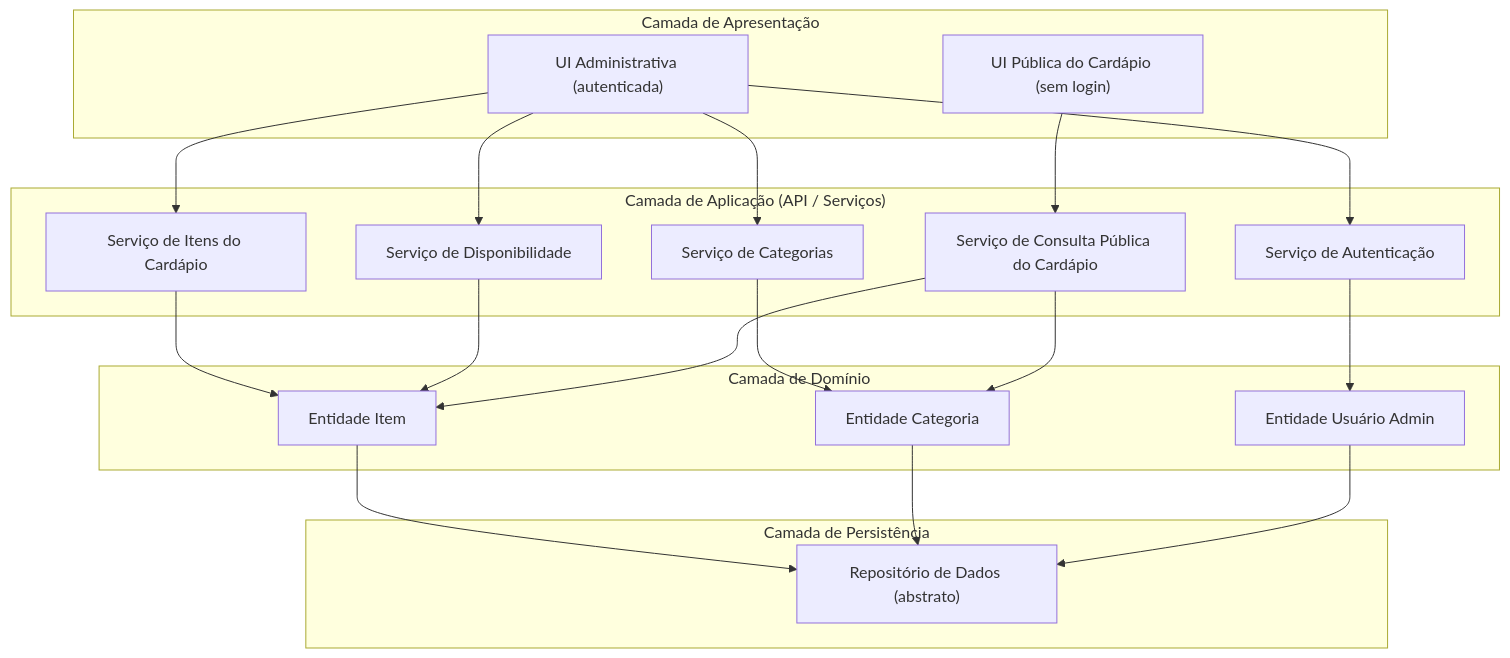
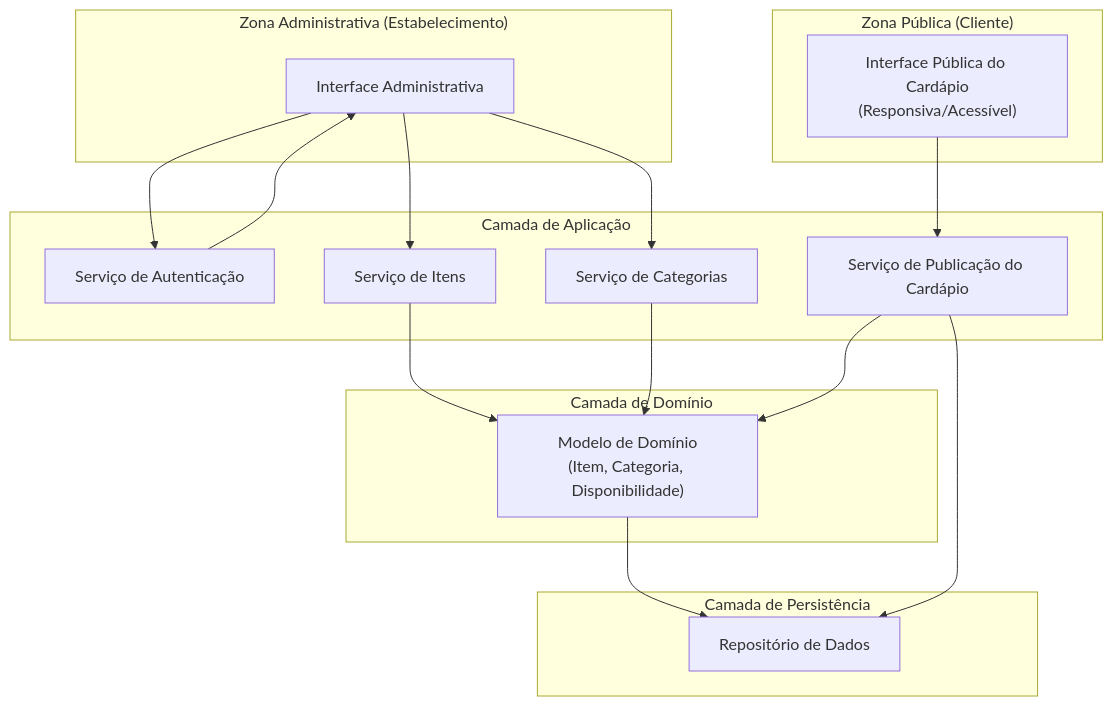
The first of 4 diagrams in docs/Time_2_Design/analise-qualitativa/outputs/relatorio_claude_opus_4_8_P01.md (PDC-ESIA/AI4ES), drawn with Mermaid before and after one commit. The commit also changed other lines of this file and 107 other files, not shown here.

````diff
--- a/docs/Time_2_Design/analise-qualitativa/outputs/relatorio_claude_opus_4_8_P01.md
+++ b/docs/Time_2_Design/analise-qualitativa/outputs/relatorio_claude_opus_4_8_P01.md
@@ -29,43 +30,36 @@
 ```mermaid
 graph TD
-    subgraph Cliente_Final["Camada de Apresentação"]
-        AdminUI["UI Administrativa (autenticada)"]
-        PublicUI["UI Pública do Cardápio (sem login)"]
+    subgraph Cliente_Final["Zona Pública (Cliente)"]
+        UIC["Interface Pública do Cardápio<br/>(Responsiva/Acessível)"]
     end
 
-    subgraph Aplicacao["Camada de Aplicação (API / Serviços)"]
-        AuthService["Serviço de Autenticação"]
-        MenuItemService["Serviço de Itens do Cardápio"]
-        CategoryService["Serviço de Categorias"]
-        AvailabilityService["Serviço de Disponibilidade"]
-        MenuQueryService["Serviço de Consulta Pública do Cardápio"]
+    subgraph Admin["Zona Administrativa (Estabelecimento)"]
+        UIA["Interface Administrativa"]
+    end
+
+    subgraph Aplicacao["Camada de Aplicação"]
+        AUTH["Serviço de Autenticação"]
+        ITEM["Serviço de Itens"]
+        CAT["Serviço de Categorias"]
+        PUB["Serviço de Publicação do Cardápio"]
     end
 
     subgraph Dominio["Camada de Domínio"]
-        ItemModel["Entidade Item"]
-        CategoryModel["Entidade Categoria"]
-        UserModel["Entidade Usuário Admin"]
+        DM["Modelo de Domínio<br/>(Item, Categoria, Disponibilidade)"]
     end
 
     subgraph Persistencia["Camada de Persistência"]
-        Repository["Repositório de Dados (abstrato)"]
+        REP["Repositório de Dados"]
     end
 
-    AdminUI --> AuthService
-    AdminUI --> MenuItemService
-    AdminUI --> CategoryService
-    AdminUI --> AvailabilityService
-
-    PublicUI --> MenuQueryService
-
-    AuthService --> UserModel
-    MenuItemService --> ItemModel
-    CategoryService --> CategoryModel
-    AvailabilityService --> ItemModel
-    MenuQueryService --> ItemModel
-    MenuQueryService --> CategoryModel
-
-    ItemModel --> Repository
-    CategoryModel --> Repository
-    UserModel --> Repository
+    UIC --> PUB
+    UIA --> AUTH
+    UIA --> ITEM
+    UIA --> CAT
+    AUTH --> UIA
+    ITEM --> DM
+    CAT --> DM
+    PUB --> DM
+    DM --> REP
+    PUB --> REP
 ```
````
